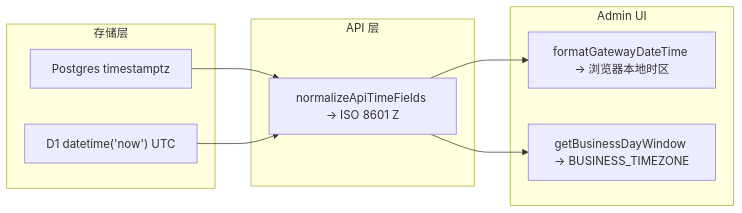
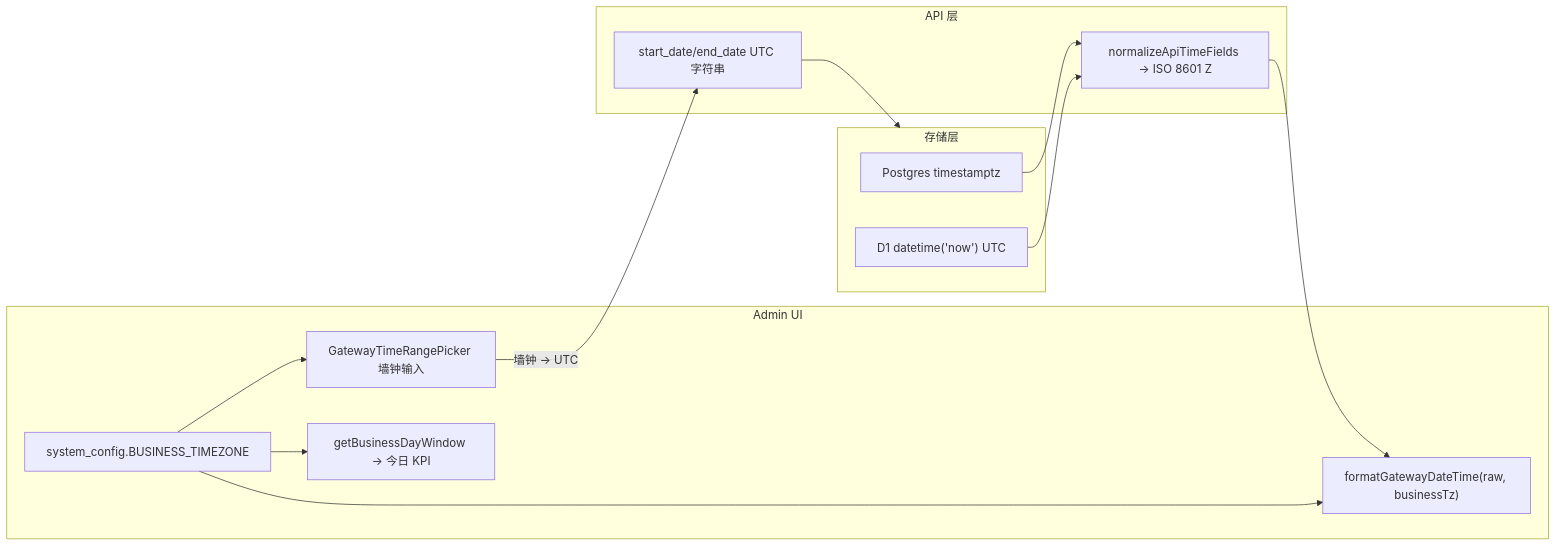
Before and after one commit to OctaFuse/octafuse-gateway: the diagram in docs/reference/time-and-timezone.md, drawn with Mermaid. The commit also changed other lines of this file and 22 other files, not shown here.

````diff
--- a/docs/reference/time-and-timezone.md
+++ b/docs/reference/time-and-timezone.md
@@ -7,18 +7,25 @@
 ```mermaid
 flowchart LR
   subgraph storage [存储层]
     PG["Postgres timestamptz"]
     D1["D1 datetime('now') UTC"]
   end
   subgraph api [API 层]
     Norm["normalizeApiTimeFields → ISO 8601 Z"]
+    Query["start_date/end_date UTC 字符串"]
   end
   subgraph admin [Admin UI]
-    Row["formatGatewayDateTime → 浏览器本地时区"]
-    Day["getBusinessDayWindow → BUSINESS_TIMEZONE"]
+    BTZ["system_config.BUSINESS_TIMEZONE"]
+    Picker["GatewayTimeRangePicker 墙钟输入"]
+    Row["formatGatewayDateTime(raw, businessTz)"]
+    Day["getBusinessDayWindow → 今日 KPI"]
   end
   PG --> Norm
   D1 --> Norm
   Norm --> Row
-  Norm --> Day
+  BTZ --> Picker
+  BTZ --> Row
+  BTZ --> Day
+  Picker -->|"墙钟 → UTC"| Query
+  Query --> storage
 ```
````
